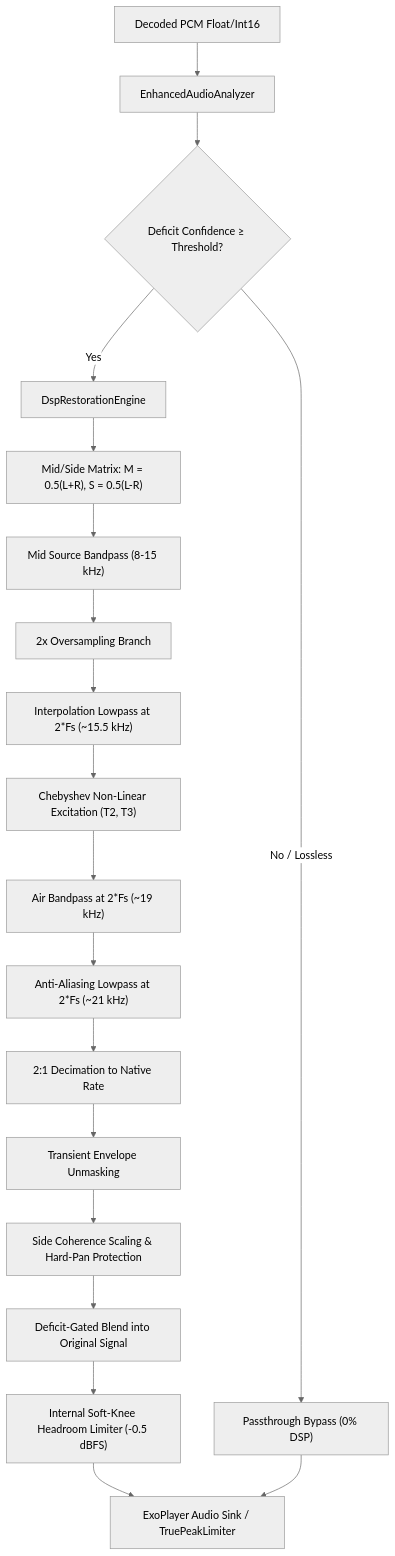
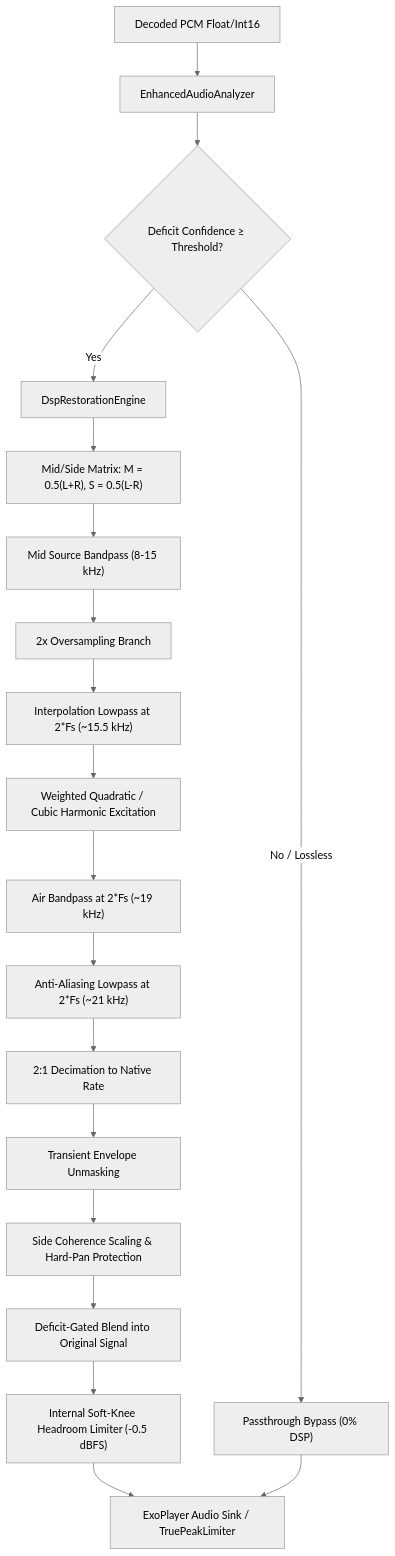
One commit to LUC4N3X/Levyra-deepsound changed the diagram in docs/project/LEVYRA_ENHANCED_AUDIO.md. Above: the diagram before and after it, drawn with Mermaid (neutral theme). The commit also changed other lines of this file, not shown here.

````diff
--- a/docs/project/LEVYRA_ENHANCED_AUDIO.md
+++ b/docs/project/LEVYRA_ENHANCED_AUDIO.md
@@ -36,21 +36,21 @@
 ```mermaid
 flowchart TD
     A["Decoded PCM Float/Int16"] --> B["EnhancedAudioAnalyzer"]
     B --> C{"Deficit Confidence &ge; Threshold?"}
     C -- No / Lossless --> D["Passthrough Bypass (0% DSP)"]
     C -- Yes --> E["DspRestorationEngine"]
     E --> F["Mid/Side Matrix: M = 0.5(L+R), S = 0.5(L-R)"]
     F --> G["Mid Source Bandpass (8-15 kHz)"]
     G --> H["2x Oversampling Branch"]
     H --> I["Interpolation Lowpass at 2*Fs (~15.5 kHz)"]
-    I --> J["Chebyshev Non-Linear Excitation (T2, T3)"]
+    I --> J["Weighted Quadratic / Cubic Harmonic Excitation"]
     J --> K["Air Bandpass at 2*Fs (~19 kHz)"]
     K --> L["Anti-Aliasing Lowpass at 2*Fs (~21 kHz)"]
     L --> M["2:1 Decimation to Native Rate"]
     M --> N["Transient Envelope Unmasking"]
     N --> O["Side Coherence Scaling & Hard-Pan Protection"]
     O --> P["Deficit-Gated Blend into Original Signal"]
     P --> Q["Internal Soft-Knee Headroom Limiter (-0.5 dBFS)"]
     Q --> R["ExoPlayer Audio Sink / TruePeakLimiter"]
     D --> R
 ```
````
